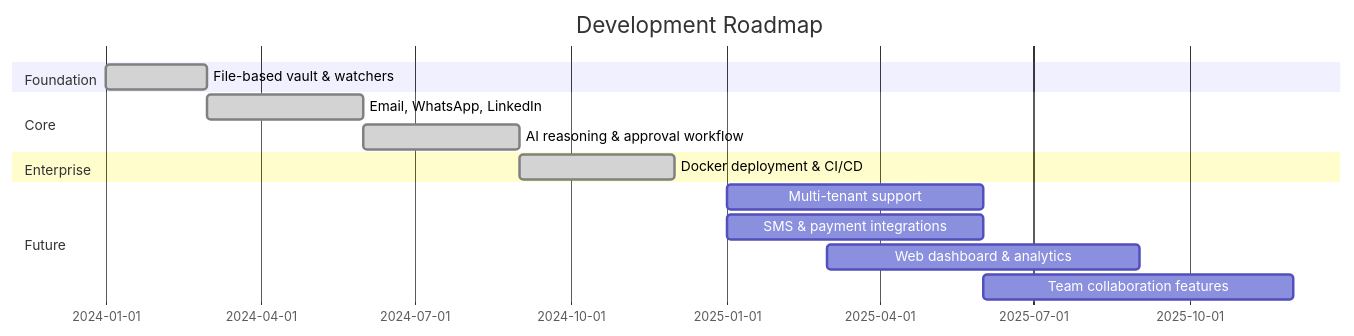
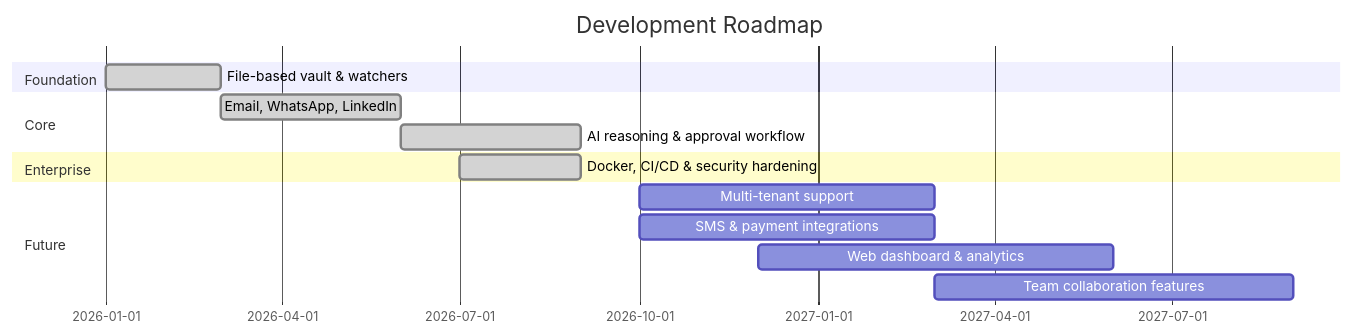
The fourth of 4 diagrams in README.md (Alihamza400/AI_Digital_Employee), drawn with Mermaid before and after one commit. The commit also changed other lines of this file and 10 other files, not shown here.

````diff
--- a/README.md
+++ b/README.md
@@ -352,17 +398,17 @@
 ```mermaid
 gantt
     title Development Roadmap
     dateFormat  YYYY-MM
     section Foundation
-    File-based vault & watchers        :done, 2024-01, 2024-03
+    File-based vault & watchers        :done, 2026-01, 2026-03
     section Core
-    Email, WhatsApp, LinkedIn          :done, 2024-03, 2024-06
-    AI reasoning & approval workflow   :done, 2024-06, 2024-09
+    Email, WhatsApp, LinkedIn          :done, 2026-03, 2026-06
+    AI reasoning & approval workflow   :done, 2026-06, 2026-09
     section Enterprise
-    Docker deployment & CI/CD          :done, 2024-09, 2024-12
+    Docker, CI/CD & security hardening :done, 2026-07, 2026-09
     section Future
-    Multi-tenant support               :2025-01, 2025-06
-    SMS & payment integrations         :2025-01, 2025-06
-    Web dashboard & analytics          :2025-03, 2025-09
-    Team collaboration features        :2025-06, 2025-12
+    Multi-tenant support               :2026-10, 2027-03
+    SMS & payment integrations         :2026-10, 2027-03
+    Web dashboard & analytics          :2026-12, 2027-06
+    Team collaboration features        :2027-03, 2027-09
 ```
````
